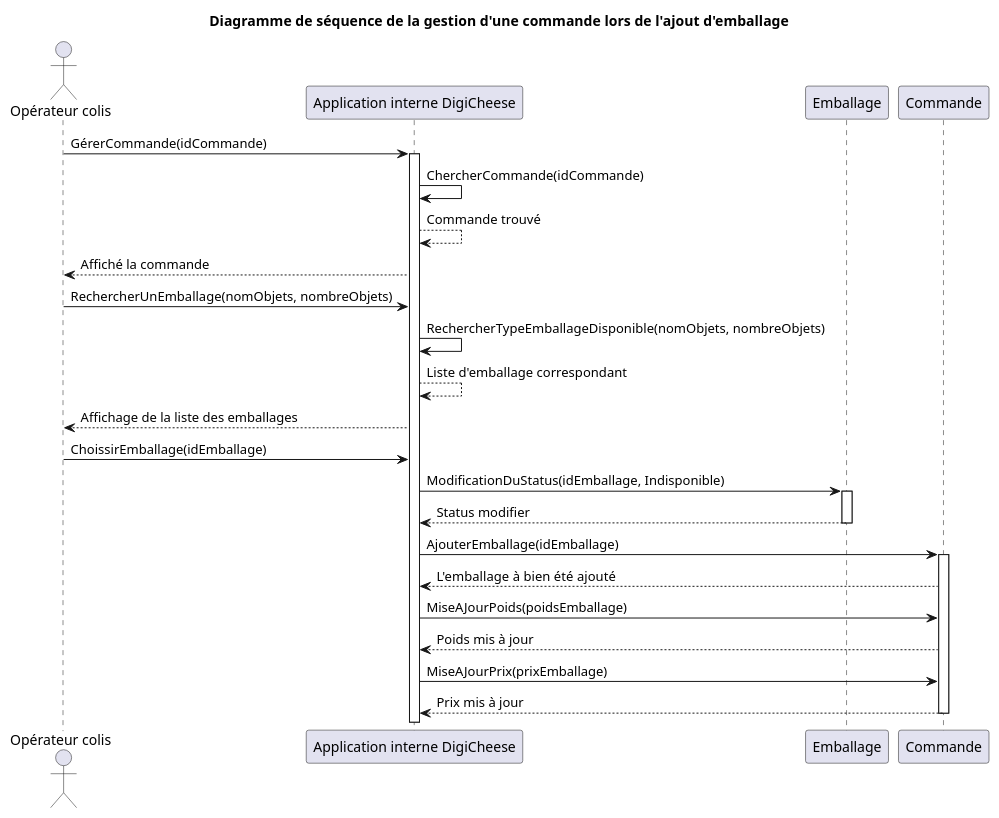
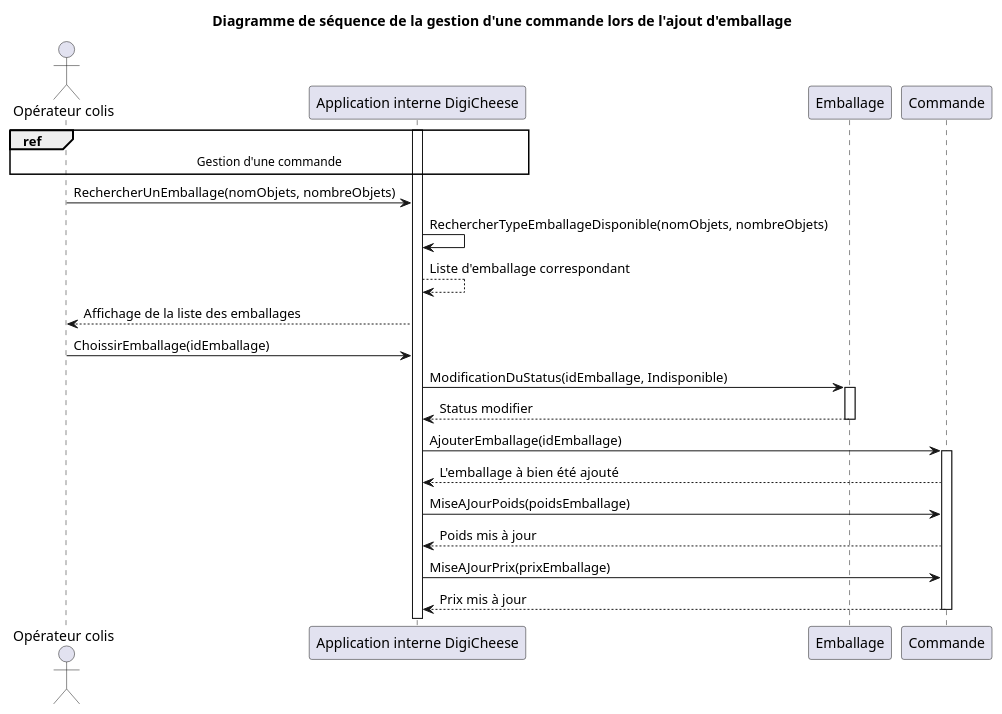
Before and after one commit to Bluwen/Conception_d_une_application_informatique: the diagram in Cas_séquence/DS_Ajouter_Emballage_Commande.puml, drawn with PlantUML. The commit also changed 7 other files, not shown here.

Commit message:
Ajout de diagramme et modification de certains

```diff
--- a/Cas_séquence/DS_Ajouter_Emballage_Commande.puml
+++ b/Cas_séquence/DS_Ajouter_Emballage_Commande.puml
@@ -1,35 +1,37 @@
 @startuml Diagramme de séquence de l'ajout d'un emballage à une commande
 
 actor "Opérateur colis"
 
-"Opérateur colis" -> "Application interne DigiCheese" : GérerCommande(idCommande)
+'"Opérateur colis" -> "Application interne DigiCheese" : GérerCommande(idCommande)
+'activate "Application interne DigiCheese"
+'"Application interne DigiCheese" -> "Application interne DigiCheese" : ChercherCommande(idCommande)
+'"Application interne DigiCheese" --> "Application interne DigiCheese" : Commande trouvé
+'"Application interne DigiCheese" --> "Opérateur colis" : Affiché la commande
+ref over "Opérateur colis", "Application interne DigiCheese": Gestion d'une commande
 activate "Application interne DigiCheese"
-"Application interne DigiCheese" -> "Application interne DigiCheese" : ChercherCommande(idCommande)
-"Application interne DigiCheese" --> "Application interne DigiCheese" : Commande trouvé
-"Application interne DigiCheese" --> "Opérateur colis" : Affiché la commande
 
 "Opérateur colis" -> "Application interne DigiCheese" : RechercherUnEmballage(nomObjets, nombreObjets)
 "Application interne DigiCheese" -> "Application interne DigiCheese" : RechercherTypeEmballageDisponible(nomObjets, nombreObjets)
 "Application interne DigiCheese" --> "Application interne DigiCheese" : Liste d'emballage correspondant
 
 "Application interne DigiCheese" --> "Opérateur colis" : Affichage de la liste des emballages
 
 "Opérateur colis" -> "Application interne DigiCheese" : ChoissirEmballage(idEmballage)
 "Application interne DigiCheese" -> Emballage : ModificationDuStatus(idEmballage, Indisponible)
 activate Emballage
 Emballage --> "Application interne DigiCheese" : Status modifier
 deactivate Emballage
 
 "Application interne DigiCheese" -> Commande : AjouterEmballage(idEmballage)
 activate Commande
 Commande --> "Application interne DigiCheese" : L'emballage à bien été ajouté
 
 "Application interne DigiCheese" -> Commande : MiseAJourPoids(poidsEmballage)
 Commande --> "Application interne DigiCheese" : Poids mis à jour
 
 "Application interne DigiCheese" -> Commande : MiseAJourPrix(prixEmballage)
 Commande --> "Application interne DigiCheese" : Prix mis à jour
 deactivate Commande
 
 title Diagramme de séquence de la gestion d'une commande lors de l'ajout d'emballage
 @enduml
```
